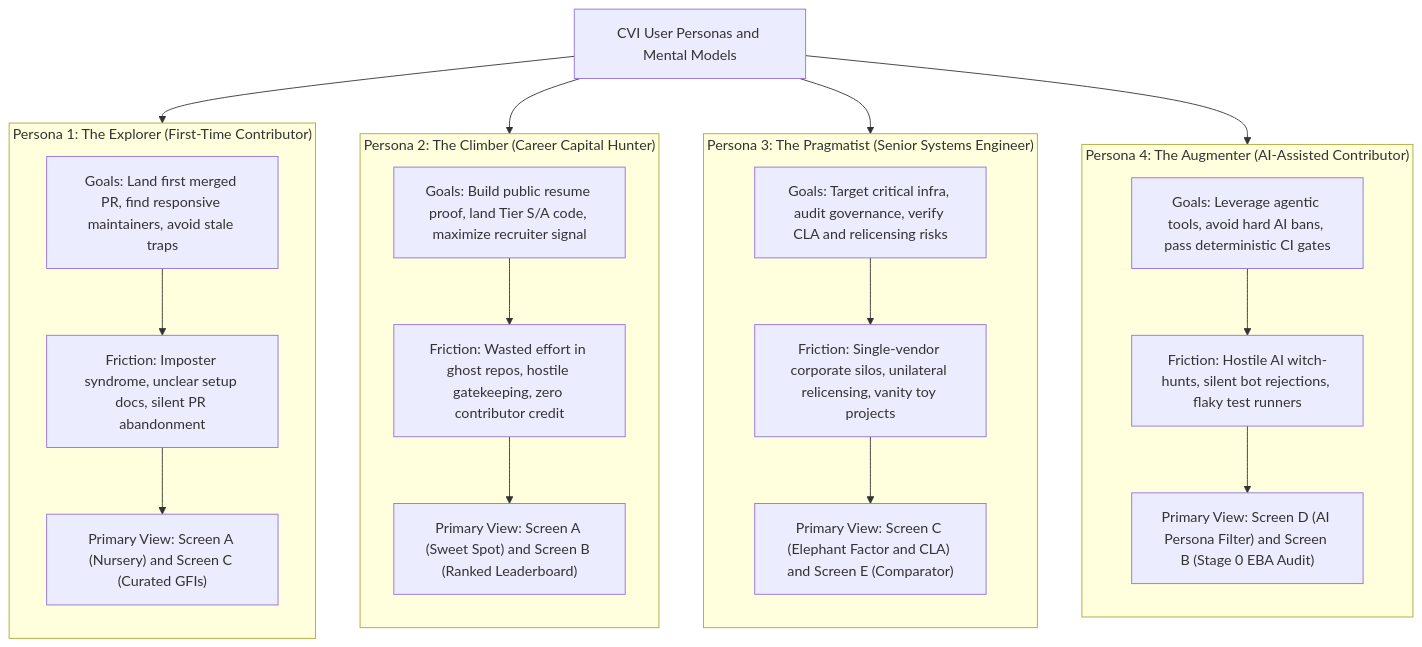
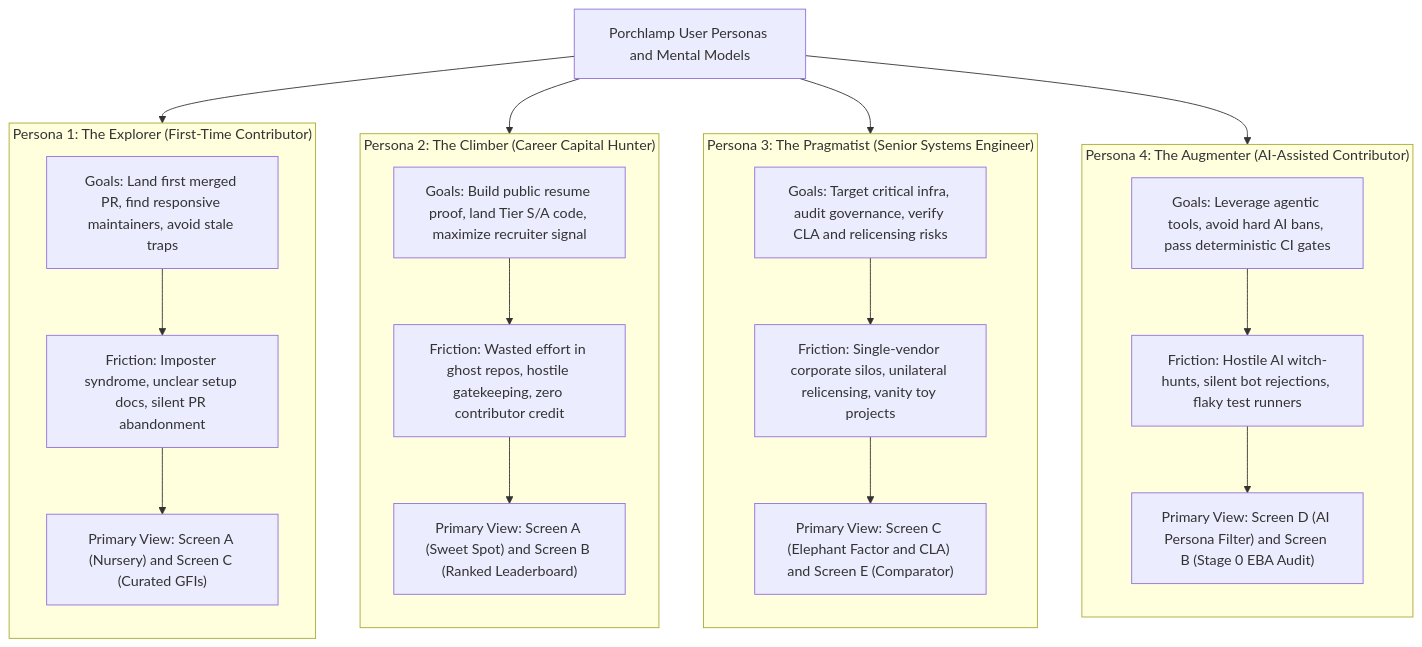
Before and after one commit to pctablet505/porchlamp-engine: the first of 10 diagrams in docs/UI_UX_SPECIFICATION.md, drawn with Mermaid. The commit also changed other lines of this file and 643 other files, not shown here.

````diff
--- a/docs/UI_UX_SPECIFICATION.md
+++ b/docs/UI_UX_SPECIFICATION.md
@@ -23,41 +23,41 @@
 ```mermaid
 flowchart TD
-    Root["CVI User Personas and Mental Models"]
+    Root["Porchlamp User Personas and Mental Models"]
 
     subgraph P1 ["Persona 1: The Explorer (First-Time Contributor)"]
         direction TB
         P1_Goals["Goals: Land first merged PR, find responsive maintainers, avoid stale traps"]
         P1_Friction["Friction: Imposter syndrome, unclear setup docs, silent PR abandonment"]
         P1_Screen["Primary View: Screen A (Nursery) and Screen C (Curated GFIs)"]
         P1_Goals --> P1_Friction --> P1_Screen
     end
 
     subgraph P2 ["Persona 2: The Climber (Career Capital Hunter)"]
         direction TB
         P2_Goals["Goals: Build public resume proof, land Tier S/A code, maximize recruiter signal"]
         P2_Friction["Friction: Wasted effort in ghost repos, hostile gatekeeping, zero contributor credit"]
         P2_Screen["Primary View: Screen A (Sweet Spot) and Screen B (Ranked Leaderboard)"]
         P2_Goals --> P2_Friction --> P2_Screen
     end
 
     subgraph P3 ["Persona 3: The Pragmatist (Senior Systems Engineer)"]
         direction TB
         P3_Goals["Goals: Target critical infra, audit governance, verify CLA and relicensing risks"]
         P3_Friction["Friction: Single-vendor corporate silos, unilateral relicensing, vanity toy projects"]
         P3_Screen["Primary View: Screen C (Elephant Factor and CLA) and Screen E (Comparator)"]
         P3_Goals --> P3_Friction --> P3_Screen
     end
 
     subgraph P4 ["Persona 4: The Augmenter (AI-Assisted Contributor)"]
         direction TB
         P4_Goals["Goals: Leverage agentic tools, avoid hard AI bans, pass deterministic CI gates"]
         P4_Friction["Friction: Hostile AI witch-hunts, silent bot rejections, flaky test runners"]
         P4_Screen["Primary View: Screen D (AI Persona Filter) and Screen B (Stage 0 EBA Audit)"]
         P4_Goals --> P4_Friction --> P4_Screen
     end
 
     Root --> P1
     Root --> P2
     Root --> P3
     Root --> P4
 ```
````
